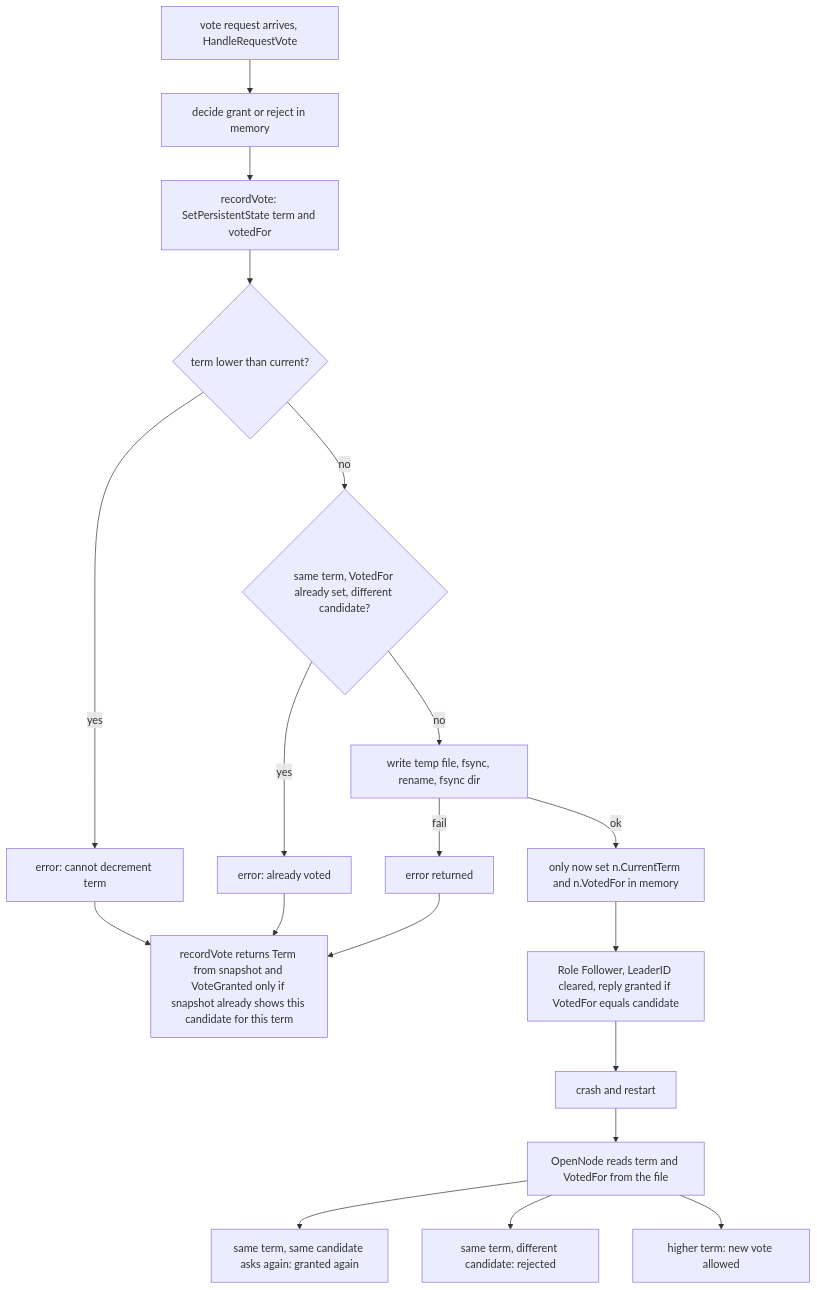
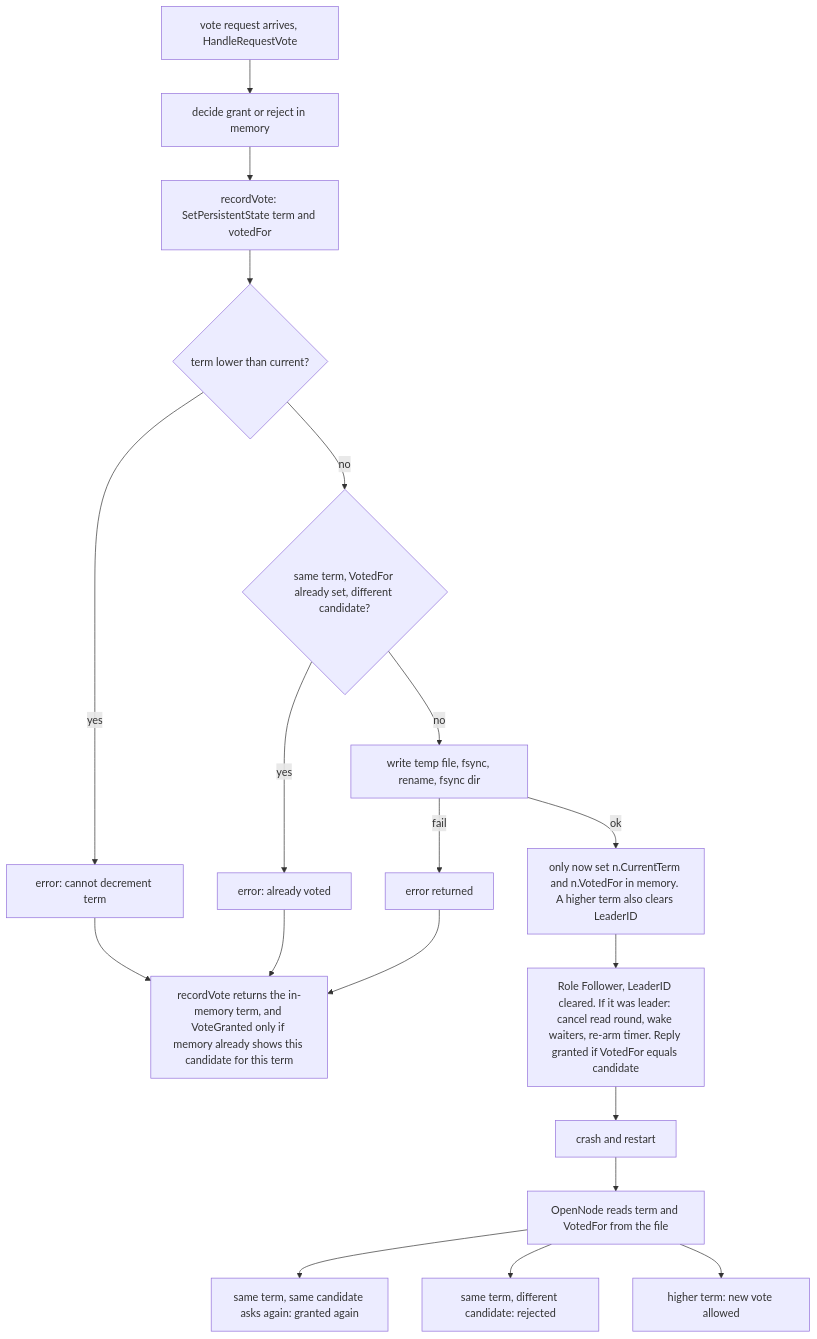
One commit to Tarun-Elango/hobbyDB changed diagram 11 of 11 in flow/3. node-startup-persisted-state.md. Above: the diagram before and after it, drawn with Mermaid. The commit also changed other lines of this file and 8 other files, not shown here.

Commit message:
udpating results and state diagrams

````diff
--- a/flow/3. node-startup-persisted-state.md
+++ b/flow/3. node-startup-persisted-state.md
@@ -197,21 +332,21 @@
 ```mermaid
 flowchart TD
     A["vote request arrives, HandleRequestVote"] --> B["decide grant or reject in memory"]
     B --> C["recordVote: SetPersistentState term and votedFor"]
     C --> D{"term lower than current?"}
     D -->|yes| E1["error: cannot decrement term"]
     D -->|no| F{"same term, VotedFor already set, different candidate?"}
     F -->|yes| E2["error: already voted"]
     F -->|no| G["write temp file, fsync, rename, fsync dir"]
     G -->|fail| E3["error returned"]
-    G -->|ok| H["only now set n.CurrentTerm and n.VotedFor in memory"]
-    E1 --> Z["recordVote returns Term from snapshot and VoteGranted only if snapshot already shows this candidate for this term"]
+    G -->|ok| H["only now set n.CurrentTerm and n.VotedFor in memory. A higher term also clears LeaderID"]
+    E1 --> Z["recordVote returns the in-memory term, and VoteGranted only if memory already shows this candidate for this term"]
     E2 --> Z
     E3 --> Z
-    H --> I["Role Follower, LeaderID cleared, reply granted if VotedFor equals candidate"]
+    H --> I["Role Follower, LeaderID cleared. If it was leader: cancel read round, wake waiters, re-arm timer. Reply granted if VotedFor equals candidate"]
     I --> J["crash and restart"]
     J --> K["OpenNode reads term and VotedFor from the file"]
     K --> L["same term, same candidate asks again: granted again"]
     K --> M["same term, different candidate: rejected"]
     K --> N["higher term: new vote allowed"]
 ```
````
